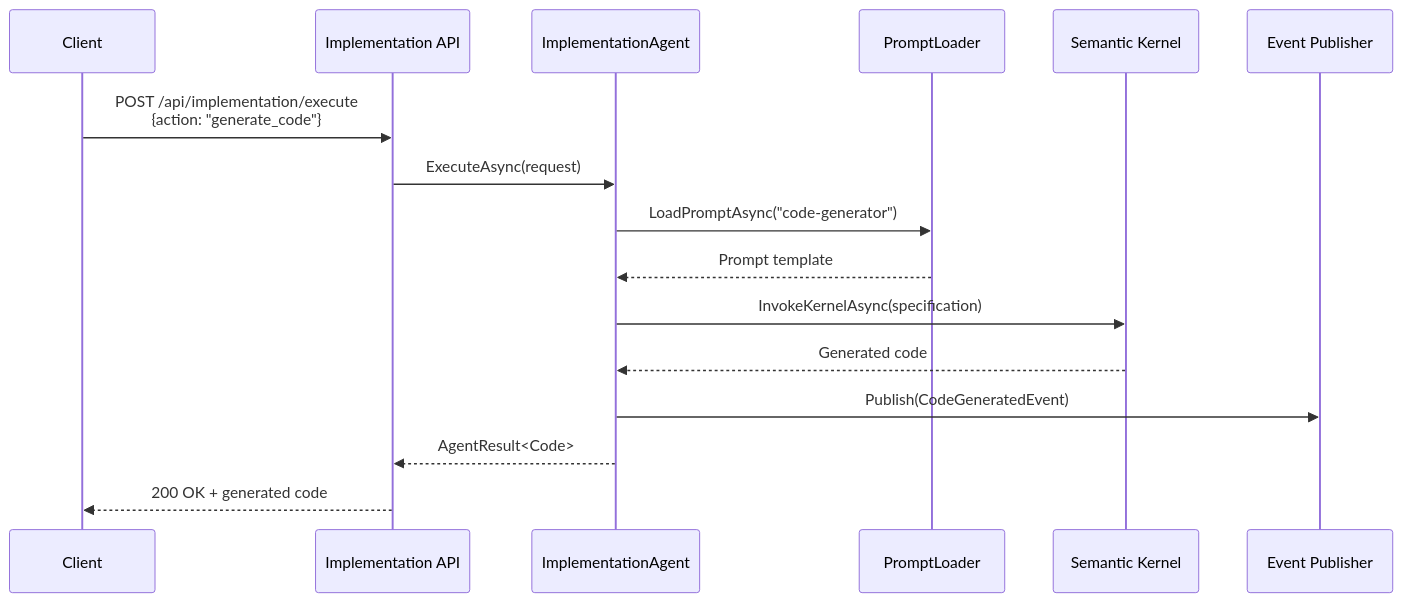
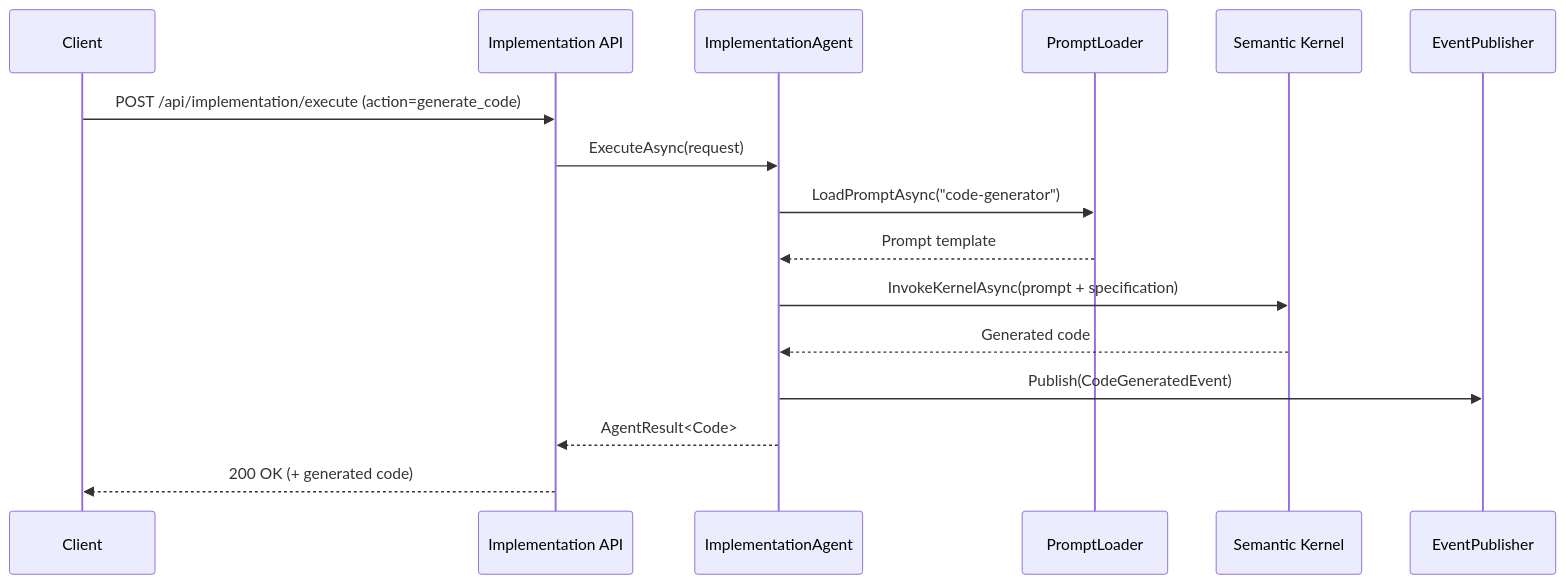
The seventh of 10 diagrams in README.md (Lukeus/my-agents), drawn with Mermaid before and after one commit. The commit also changed other lines of this file and 28 other files, not shown here.

````diff
--- a/README.md
+++ b/README.md
@@ -179,19 +402,19 @@
 ```mermaid
 sequenceDiagram
     participant Client
     participant API as Implementation API
     participant Agent as ImplementationAgent
     participant Prompt as PromptLoader
     participant LLM as Semantic Kernel
-    participant Events as Event Publisher
+    participant Events as EventPublisher
     
-    Client->>API: POST /api/implementation/execute<br/>{action: "generate_code"}
+    Client->>API: POST /api/implementation/execute (action=generate_code)
     API->>Agent: ExecuteAsync(request)
     Agent->>Prompt: LoadPromptAsync("code-generator")
     Prompt-->>Agent: Prompt template
-    Agent->>LLM: InvokeKernelAsync(specification)
+    Agent->>LLM: InvokeKernelAsync(prompt + specification)
     LLM-->>Agent: Generated code
     Agent->>Events: Publish(CodeGeneratedEvent)
     Agent-->>API: AgentResult<Code>
-    API-->>Client: 200 OK + generated code
+    API-->>Client: 200 OK (+ generated code)
 ```
````
